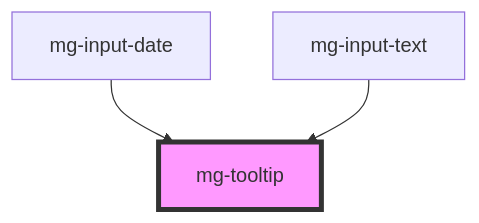
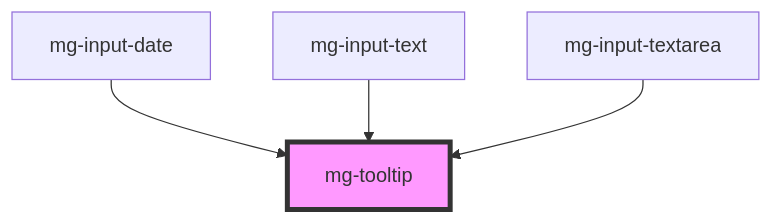
Before and after one commit to MGDIS/mg-components: the diagram in src/components/atoms/mg-tooltip/readme.md, drawn with Mermaid. The commit also changed other lines of this file and 18 other files, not shown here.

````diff
--- a/src/components/atoms/mg-tooltip/readme.md
+++ b/src/components/atoms/mg-tooltip/readme.md
@@ -24,6 +25,7 @@
 ```mermaid
 graph TD;
   mg-input-date --> mg-tooltip
   mg-input-text --> mg-tooltip
+  mg-input-textarea --> mg-tooltip
   style mg-tooltip fill:#f9f,stroke:#333,stroke-width:4px
 ```
````
